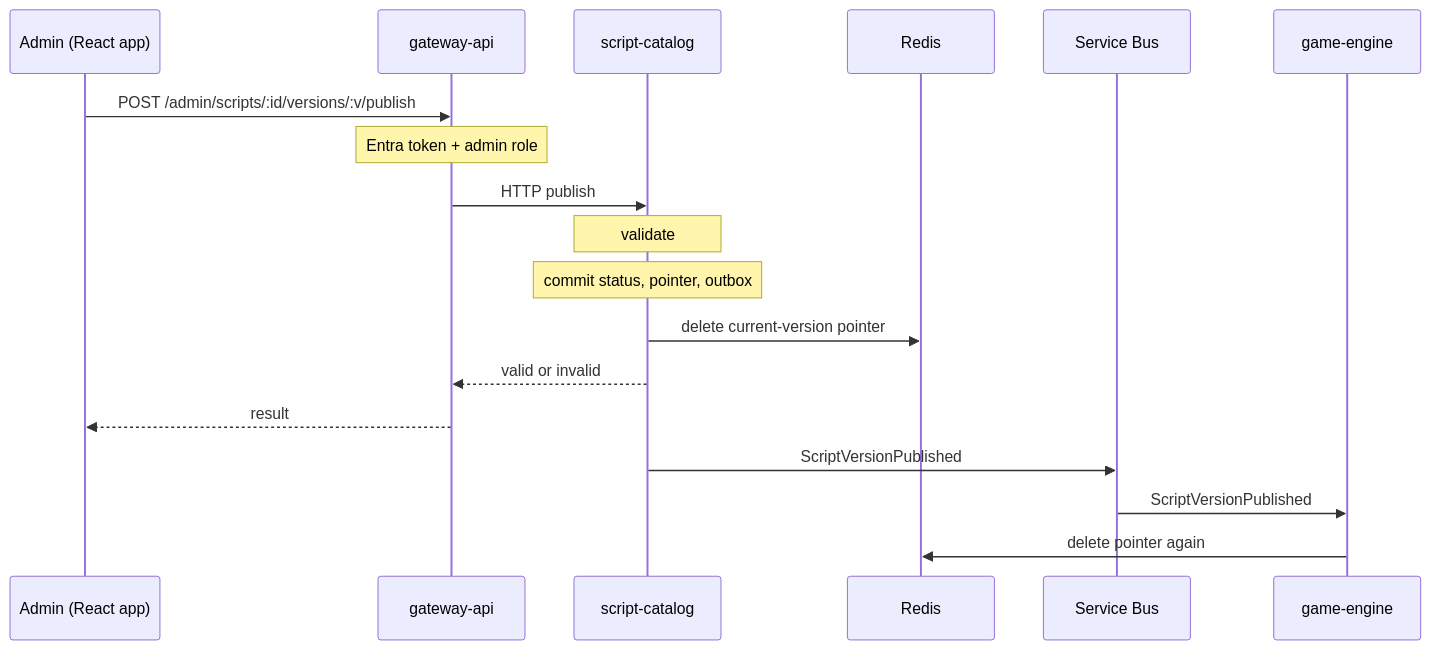
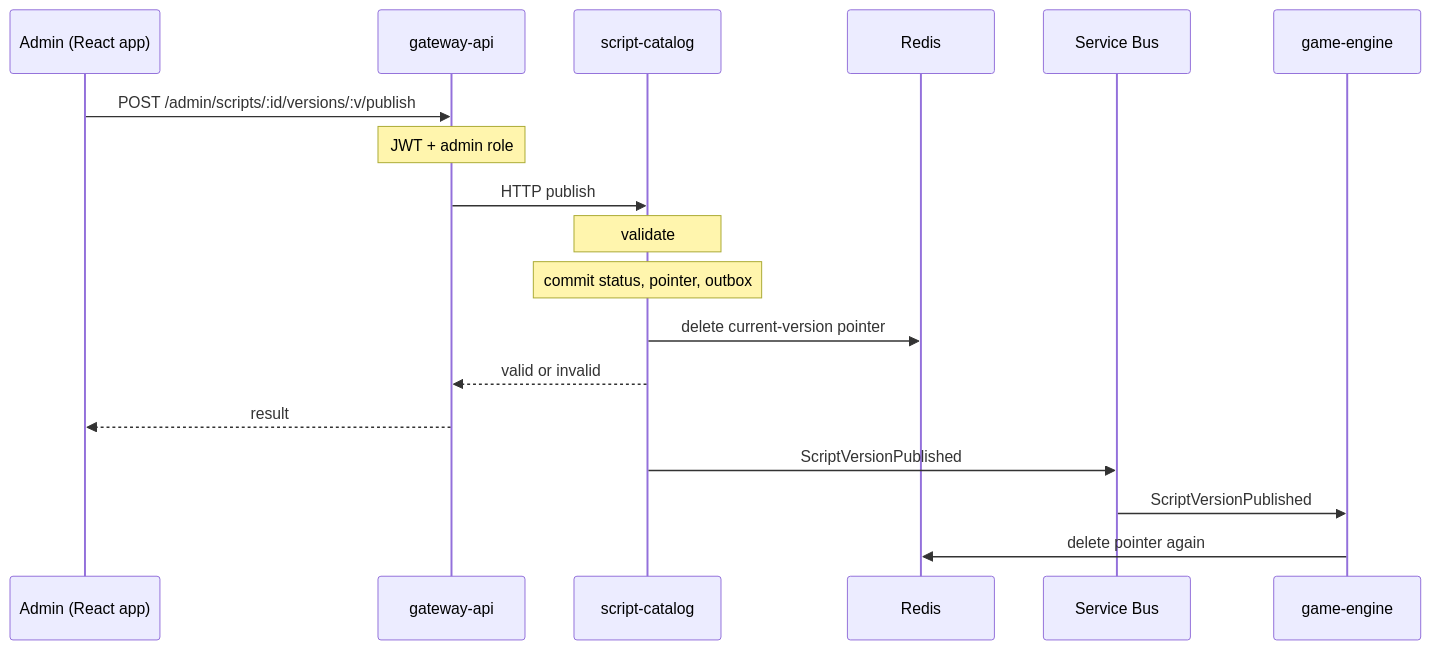
Diagram 19 of 21 in DESIGN-v2.md (edenbuky/escapeRoom), drawn with Mermaid before and after one commit. The commit also changed other lines of this file and 4 other files, not shown here.

````diff
--- a/DESIGN-v2.md
+++ b/DESIGN-v2.md
@@ -780,20 +856,20 @@
 ```mermaid
 sequenceDiagram
   participant A as Admin (React app)
   participant GW as gateway-api
   participant CAT as script-catalog
   participant R as Redis
   participant SB as Service Bus
   participant ENG as game-engine
   A->>GW: POST /admin/scripts/:id/versions/:v/publish
-  Note over GW: Entra token + admin role
+  Note over GW: JWT + admin role
   GW->>CAT: HTTP publish
   Note over CAT: validate
   Note over CAT: commit status, pointer, outbox
   CAT->>R: delete current-version pointer
   CAT-->>GW: valid or invalid
   GW-->>A: result
   CAT->>SB: ScriptVersionPublished
   SB->>ENG: ScriptVersionPublished
   ENG->>R: delete pointer again
 ```
````
